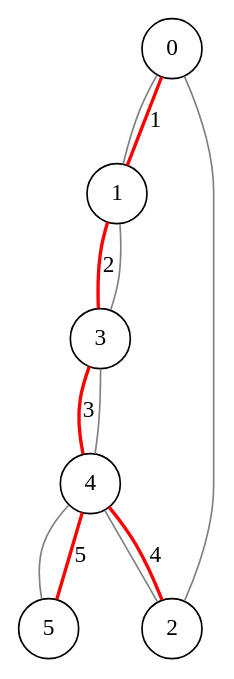
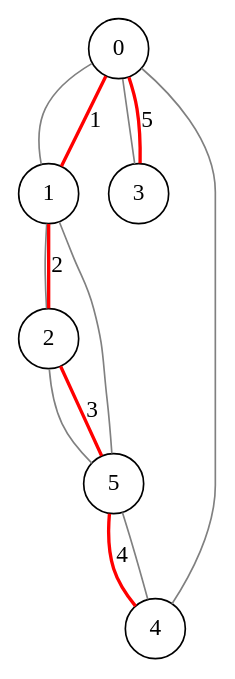
One commit to parthpetkar/LAB-PRACTICE changed the diagram in uninformed search/dfs_traversal.dot. Above: the diagram before and after it, drawn with Graphviz. The commit also changed 7 other files, not shown here.

```diff
--- a/uninformed search/dfs_traversal.dot
+++ b/uninformed search/dfs_traversal.dot
@@ -1,14 +1,15 @@
 graph G {
   node [shape=circle];
   0 -- 1 [color=gray];
-  0 -- 2 [color=gray];
-  1 -- 3 [color=gray];
-  2 -- 4 [color=gray];
-  3 -- 4 [color=gray];
+  0 -- 3 [color=gray];
+  0 -- 4 [color=gray];
+  1 -- 2 [color=gray];
+  1 -- 5 [color=gray];
+  2 -- 5 [color=gray];
   4 -- 5 [color=gray];
   0 -- 1 [color=red, penwidth=2, label="1"];
-  1 -- 3 [color=red, penwidth=2, label="2"];
-  3 -- 4 [color=red, penwidth=2, label="3"];
-  4 -- 2 [color=red, penwidth=2, label="4"];
-  4 -- 5 [color=red, penwidth=2, label="5"];
+  1 -- 2 [color=red, penwidth=2, label="2"];
+  2 -- 5 [color=red, penwidth=2, label="3"];
+  5 -- 4 [color=red, penwidth=2, label="4"];
+  0 -- 3 [color=red, penwidth=2, label="5"];
 }
```
